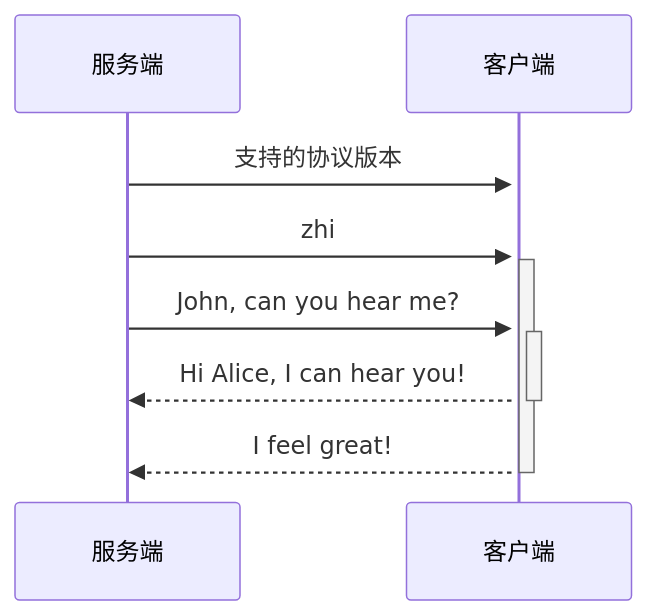
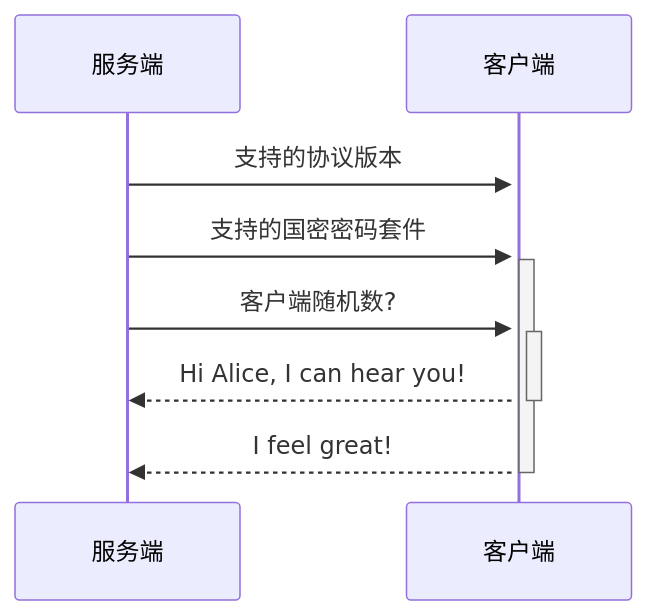
Before and after one commit to HY-10-8/iodraw-files: the diagram in all/未命名-1.md, drawn with Mermaid.

Commit message:
2026-03-24 09:59:15 update

````diff
--- a/all/未命名-1.md
+++ b/all/未命名-1.md
@@ -1,9 +1,9 @@
 ```mermaid
 sequenceDiagram
     服务端->>+客户端: 支持的协议版本
-    服务端->>+客户端: zhi
-    服务端->>+客户端: John, can you hear me?
+    服务端->>+客户端: 支持的国密密码套件
+    服务端->>+客户端: 客户端随机数?
     客户端-->>-服务端: Hi Alice, I can hear you!
     客户端-->>-服务端: I feel great!
             
 ```
````
